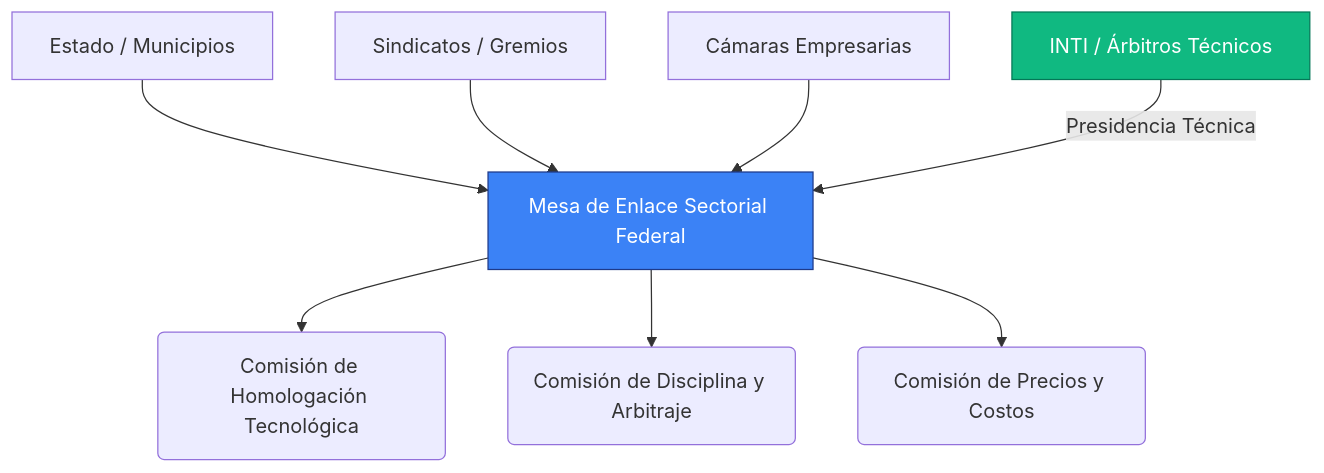
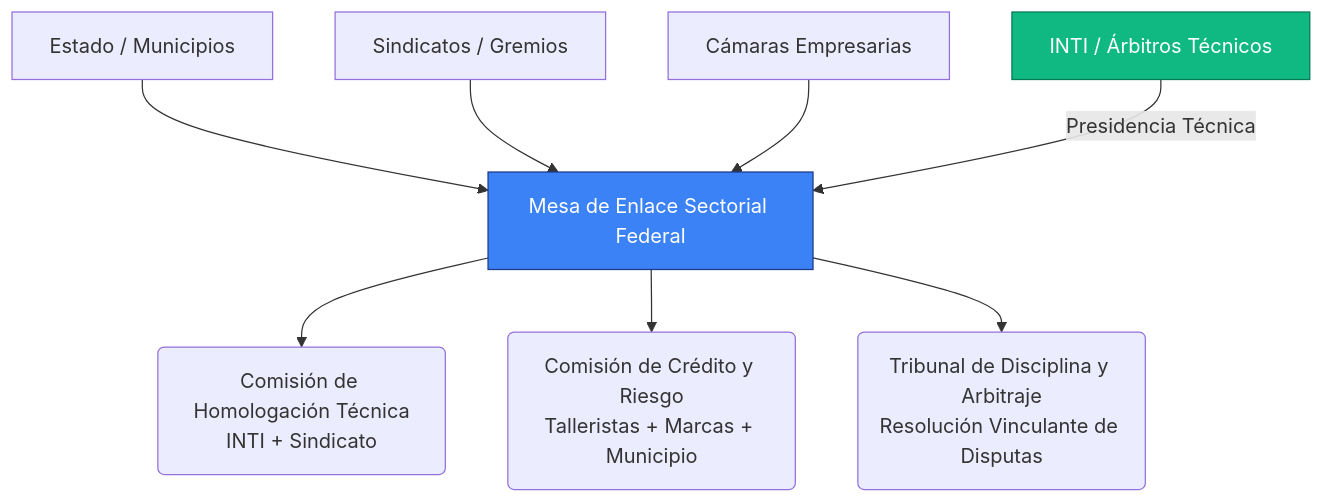
Before and after one commit to sarthouse/indinopy: the first of 2 diagrams in docs/md/dossier_fimca_addenda1.md, drawn with Mermaid. The commit also changed other lines of this file and 24 other files, not shown here.

````diff
--- a/docs/md/dossier_fimca_addenda1.md
+++ b/docs/md/dossier_fimca_addenda1.md
@@ -115,21 +115,21 @@
 ```mermaid
 graph TD
     MES[Mesa de Enlace Sectorial Federal]
     
     EST[Estado / Municipios]
     SIND[Sindicatos / Gremios]
     CAM[Cámaras Empresarias]
     INTI[INTI / Árbitros Técnicos]
     
     EST --> MES
     SIND --> MES
     CAM --> MES
     INTI -->|Presidencia Técnica| MES
     
-    MES --> C1(Comisión de Homologación Tecnológica)
-    MES --> C2(Comisión de Disciplina y Arbitraje)
-    MES --> C3(Comisión de Precios y Costos)
+    MES --> C1(Comisión de Homologación Técnica<br/>INTI + Sindicato)
+    MES --> C2(Comisión de Crédito y Riesgo<br/>Talleristas + Marcas + Municipio)
+    MES --> C3(Tribunal de Disciplina y Arbitraje<br/>Resolución Vinculante de Disputas)
     
     style MES fill:#3b82f6,stroke:#1e3a8a,color:#fff
     style INTI fill:#10b981,stroke:#047857,color:#fff
 ```
````
